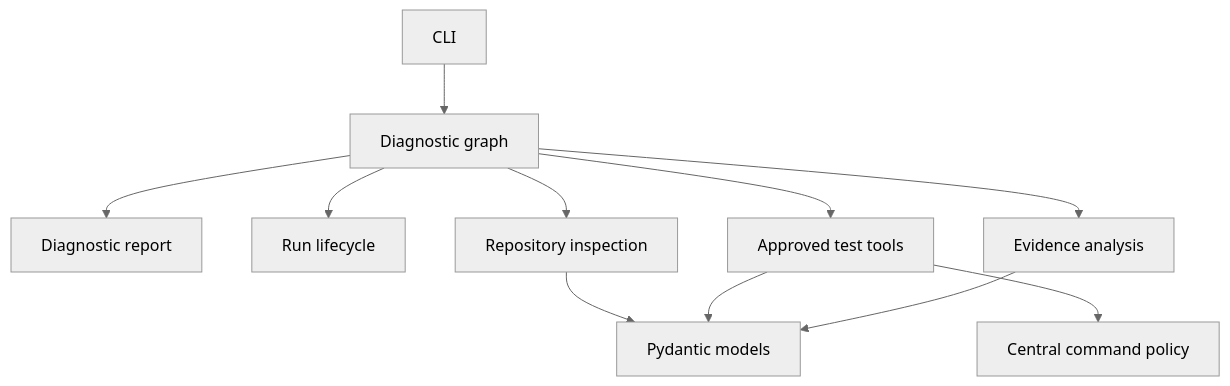
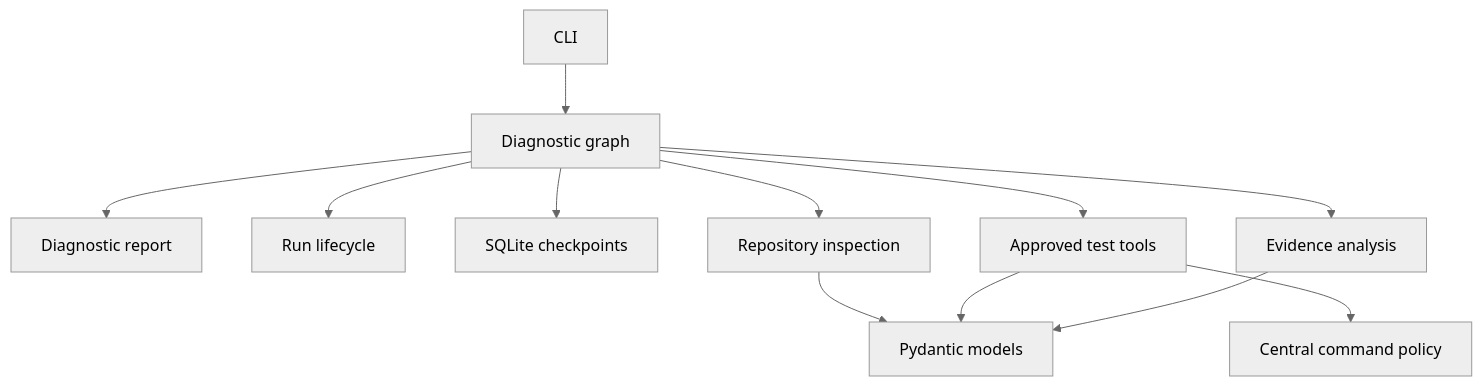
One commit to Br111t/agent-ops changed the first of 2 diagrams in docs/architecture.md. Above: the diagram before and after it, drawn with Mermaid (neutral theme). The commit also changed other lines of this file and 4 other files, not shown here.

````diff
--- a/docs/architecture.md
+++ b/docs/architecture.md
@@ -37,13 +37,14 @@
 ```mermaid
 flowchart TD
     CLI[CLI] --> Graph[Diagnostic graph]
     Graph --> Report[Diagnostic report]
     Graph --> Run[Run lifecycle]
+    Graph --> Checkpoints[SQLite checkpoints]
     Graph --> Repo[Repository inspection]
     Graph --> Tools[Approved test tools]
     Graph --> Analysis[Evidence analysis]
     Repo --> Models[Pydantic models]
     Tools --> Models
     Analysis --> Models
     Tools --> Policy[Central command policy]
 ```
````
